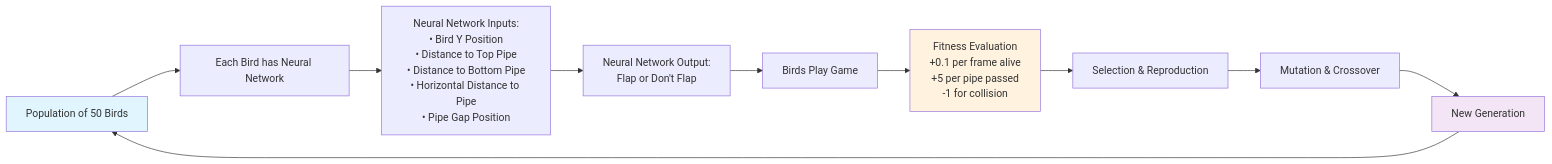
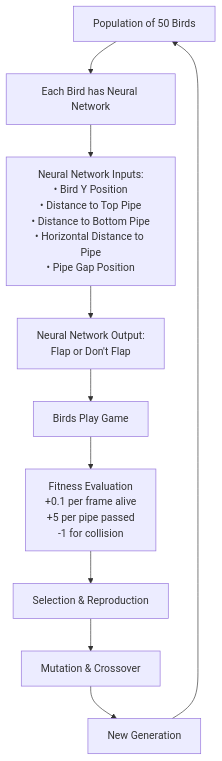
Before and after one commit to chiraggulati098/flappyBird_geneticLearning: the first of 2 diagrams in README.md, drawn with Mermaid.

````diff
--- a/README.md
+++ b/README.md
@@ -9,16 +9,12 @@
 ```mermaid
-graph LR
+graph TD
     A[Population of 50 Birds] --> B[Each Bird has Neural Network]
     B --> C[Neural Network Inputs:<br/>• Bird Y Position<br/>• Distance to Top Pipe<br/>• Distance to Bottom Pipe<br/>• Horizontal Distance to Pipe<br/>• Pipe Gap Position]
     C --> D[Neural Network Output:<br/>Flap or Don't Flap]
     D --> E[Birds Play Game]
     E --> F[Fitness Evaluation<br/>+0.1 per frame alive<br/>+5 per pipe passed<br/>-1 for collision]
     F --> G[Selection & Reproduction]
     G --> H[Mutation & Crossover]
     H --> I[New Generation]
     I --> A
-    
-    style A fill:#e1f5fe
-    style F fill:#fff3e0
-    style I fill:#f3e5f5
 ```
````
